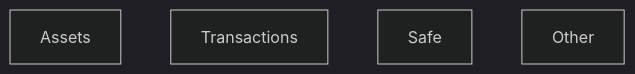
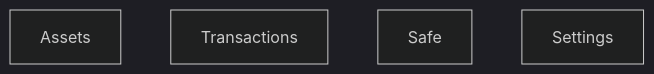
One commit to safe-global/safe-ios changed the first of 8 diagrams in docs/fun.md. Above: the diagram before and after it, drawn with Mermaid (dark theme). The commit also changed other lines of this file, not shown here.

Commit message:
refs/heads/update-docs Assets area overview

````diff
--- a/docs/fun.md
+++ b/docs/fun.md
@@ -5,7 +7,8 @@
 ```mermaid
 graph
     Assets
     Transactions
     Safe
-    Other
+    Settings
+    click Assets "#assets"
 ```
````
